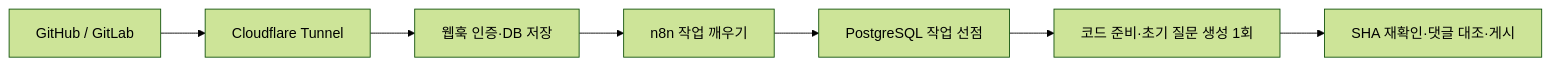
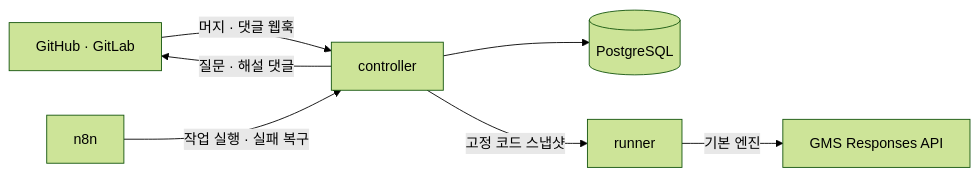
The diagram in README.md (thisis-joe/codereviewbot), drawn with Mermaid (forest theme) before and after one commit. The commit also changed other lines of this file and 1 other file, not shown here.

Commit message:
docs: rewrite Korean and English README around GMS learning flow

````diff
--- a/README.md
+++ b/README.md
@@ -43,9 +170,9 @@
 ```mermaid
 flowchart LR
-  Git[GitHub / GitLab] --> Tunnel[Cloudflare Tunnel]
-  Tunnel --> API[웹훅 인증·DB 저장]
-  API --> N8N[n8n 작업 깨우기]
-  N8N --> Queue[PostgreSQL 작업 선점]
-  Queue --> Questions[코드 준비·초기 질문 생성 1회]
-  Questions --> Publish[SHA 재확인·댓글 대조·게시]
+    Git[GitHub · GitLab] -->|머지 · 댓글 웹훅| Controller[controller]
+    Controller --> DB[(PostgreSQL)]
+    N8N[n8n] -->|작업 실행 · 실패 복구| Controller
+    Controller -->|고정 코드 스냅샷| Runner[runner]
+    Runner -->|기본 엔진| GMS[GMS Responses API]
+    Controller -->|질문 · 해설 댓글| Git
 ```
````
